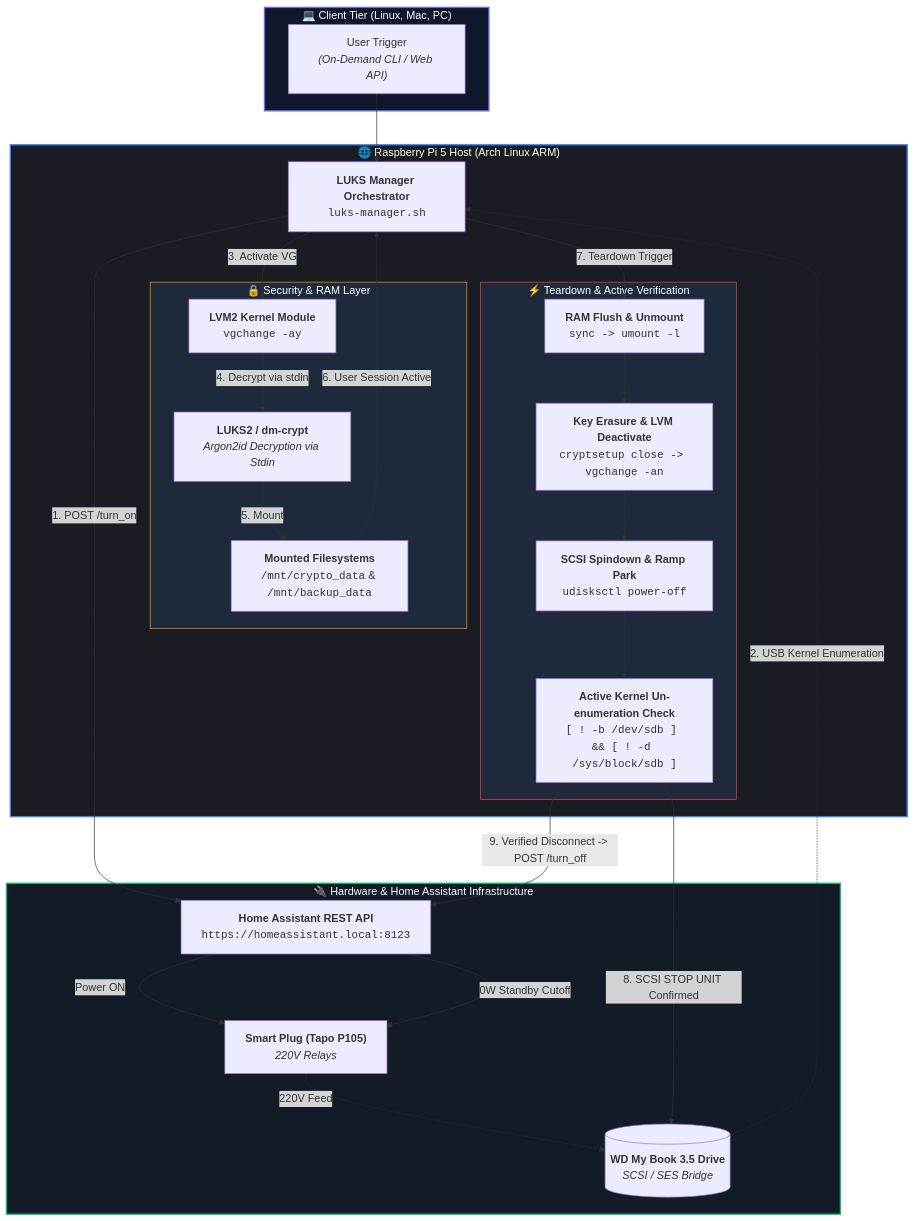
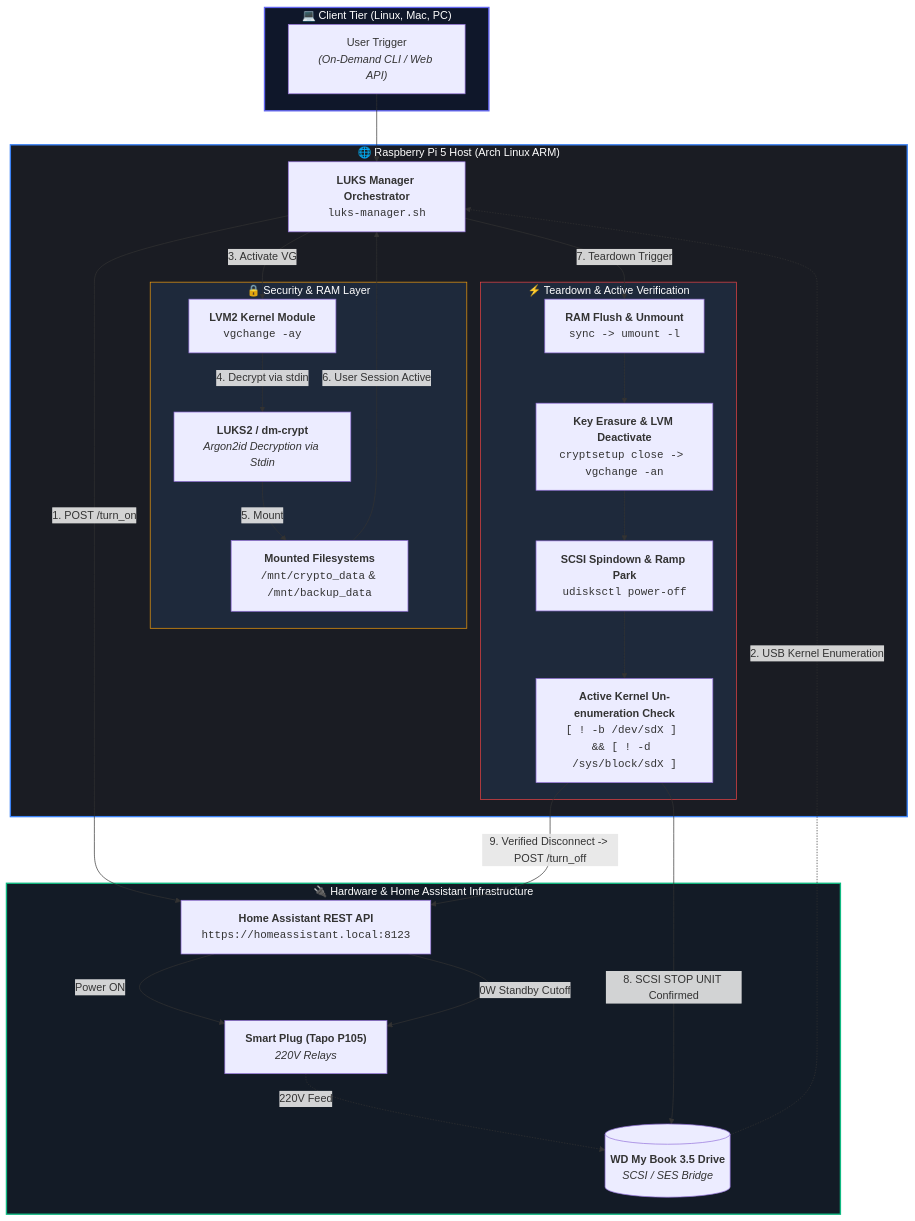
The diagram in README.md (a-cifrodelli/luks-companion), drawn with Mermaid before and after one commit. The commit also changed 1 other file, not shown here.

Commit message:
refactor(luks-manager): enhance safety checks, add passphrase retries, and purge hardcoded fallbacks
- Add active kernel un-enumeration check (/sys/block) before 220V power cutoff
- Implement passphrase retry loop (MAX_PASSPHRASE_TRIES) to prevent immediate shutdowns on typos
- Add configurable pre-cutoff grace period (CUTOFF_GRACE_SEC)
- Remove hardcoded /dev/sdb fallbacks for safe dynamic device resolution
- Support optional single or dual LVM volume mount setups
- Update README architecture diagram to reflect active verification flow

````diff
--- a/README.md
+++ b/README.md
@@ -18,58 +18,58 @@
 ```mermaid
 flowchart TD
     subgraph CLIENTS ["💻 Client Tier (Linux, Mac, PC)"]
         UserTrigger["User Trigger<br/><i>(On-Demand CLI / Web API)</i>"]
     end
 
     subgraph RPI ["🌐 Raspberry Pi 5 Host (Arch Linux ARM)"]
         Orchestrator["<b>LUKS Manager Orchestrator</b><br/><code>luks-manager.sh</code>"]
         
         subgraph SEC ["🔒 Security & RAM Layer"]
             LVM["<b>LVM2 Kernel Module</b><br/><code>vgchange -ay</code>"]
             LUKS["<b>LUKS2 / dm-crypt</b><br/><i>Argon2id Decryption via Stdin</i>"]
             Mounts["<b>Mounted Filesystems</b><br/><code>/mnt/crypto_data</code> & <code>/mnt/backup_data</code>"]
         end
         
         subgraph TEARDOWN ["⚡ Teardown & Active Verification"]
             Sync["<b>RAM Flush & Unmount</b><br/><code>sync -> umount -l</code>"]
             Purge["<b>Key Erasure & LVM Deactivate</b><br/><code>cryptsetup close -> vgchange -an</code>"]
             Spindown["<b>SCSI Spindown & Ramp Park</b><br/><code>udisksctl power-off</code>"]
-            Verify["<b>Active Kernel Un-enumeration Check</b><br/><code>[ ! -b /dev/sdb ] && [ ! -d /sys/block/sdb ]</code>"]
+            Verify["<b>Active Kernel Un-enumeration Check</b><br/><code>[ ! -b /dev/sdX ] && [ ! -d /sys/block/sdX ]</code>"]
         end
     end
 
     subgraph EXTERNAL ["🔌 Hardware & Home Assistant Infrastructure"]
         HA["<b>Home Assistant REST API</b><br/><code>https://homeassistant.local:8123</code>"]
         Tapo["<b>Smart Plug (Tapo P105)</b><br/><i>220V Relays</i>"]
         Drive[("<b>WD My Book 3.5 Drive</b><br/><i>SCSI / SES Bridge</i>")]
     end
 
     %% Flow Relationships
     UserTrigger --> Orchestrator
     Orchestrator -->|1. POST /turn_on| HA
     HA -->|Power ON| Tapo
     Tapo -.->|220V Feed| Drive
     Drive -.->|2. USB Kernel Enumeration| Orchestrator
     
     Orchestrator -->|3. Activate VG| LVM
     LVM -->|4. Decrypt via stdin| LUKS
     LUKS -->|5. Mount| Mounts
     
     Mounts -->|6. User Session Active| Orchestrator
     
     Orchestrator -->|7. Teardown Trigger| Sync
     Sync --> Purge
     Purge --> Spindown
     Spindown --> Verify
     Verify -->|8. SCSI STOP UNIT Confirmed| Drive
     Verify -->|9. Verified Disconnect -> POST /turn_off| HA
     HA -->|0W Standby Cutoff| Tapo
 
     %% Styling
     classDef default font-family:sans-serif;
     style RPI fill:#1a1c23,stroke:#3b82f6,stroke-width:2px,color:#fff
     style EXTERNAL fill:#131b26,stroke:#10b981,stroke-width:2px,color:#fff
     style SEC fill:#1e293b,stroke:#f59e0b,stroke-width:1px,color:#fff
     style TEARDOWN fill:#1e293b,stroke:#ef4444,stroke-width:1px,color:#fff
     style CLIENTS fill:#0f172a,stroke:#6366f1,stroke-width:2px,color:#fff
 ```
````
